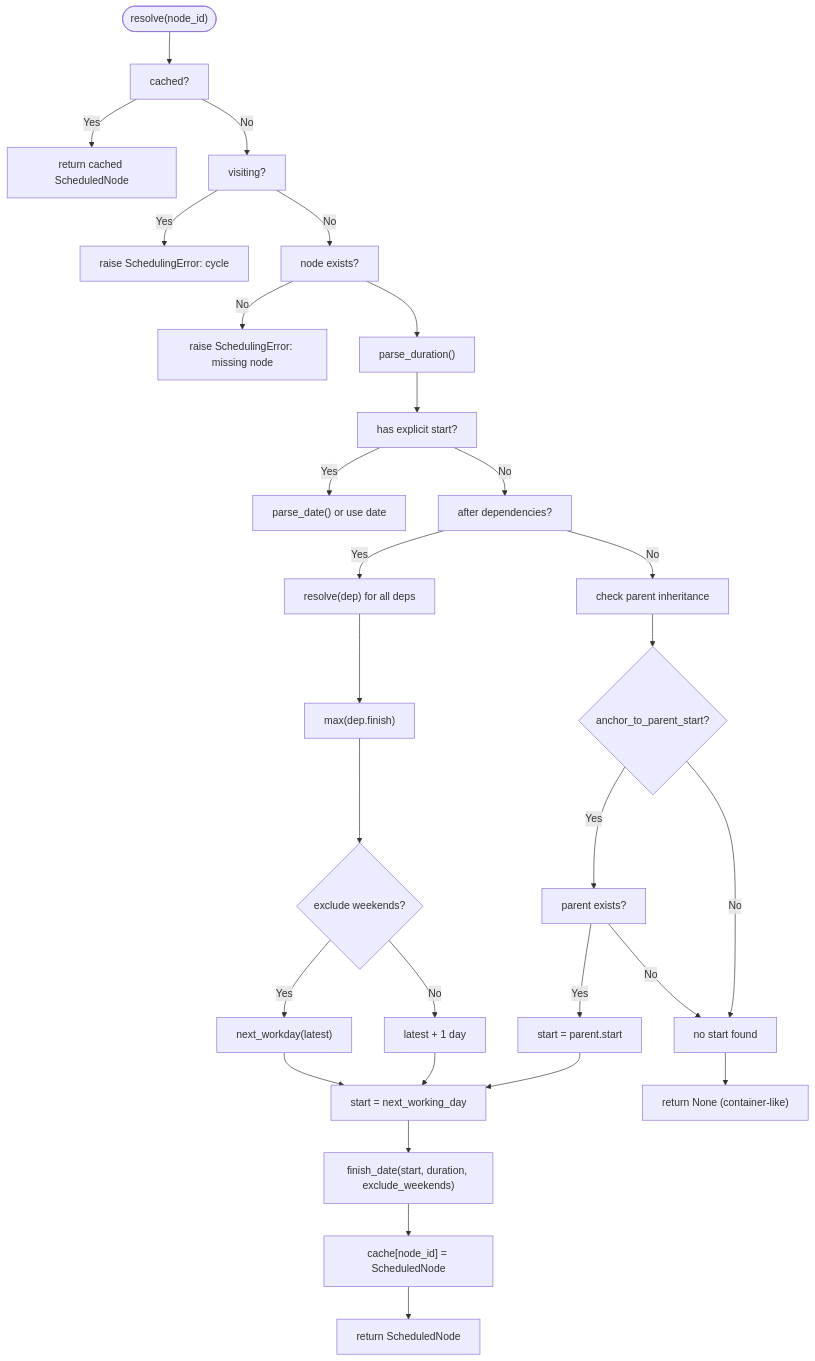
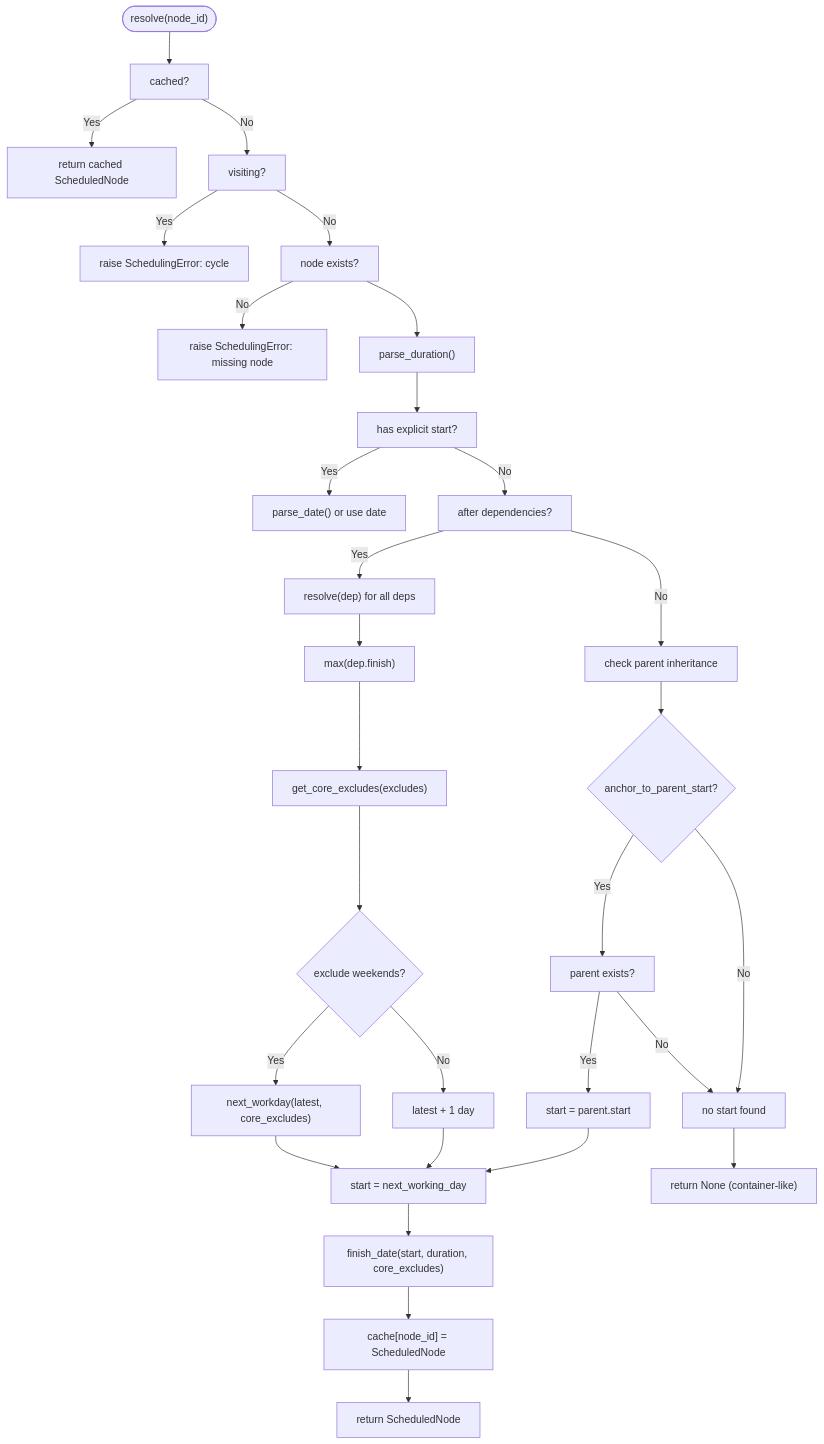
One commit to asukhodko/opskarta changed the fourth of 10 diagrams in .qoder/repowiki/en/content/Tooling and Utilities/Rendering Engine.md. Above: the diagram before and after it, drawn with Mermaid. The commit also changed other lines of this file and 7 other files, not shown here.

````diff
--- a/.qoder/repowiki/en/content/Tooling and Utilities/Rendering Engine.md
+++ b/.qoder/repowiki/en/content/Tooling and Utilities/Rendering Engine.md
@@ -138,31 +188,32 @@
 ```mermaid
 flowchart TD
 Start(["resolve(node_id)"]) --> CheckCache["cached?"]
 CheckCache --> |Yes| ReturnCache["return cached ScheduledNode"]
 CheckCache --> |No| CheckVisiting["visiting?"]
 CheckVisiting --> |Yes| CycleErr["raise SchedulingError: cycle"]
 CheckVisiting --> |No| CheckExists["node exists?"]
 CheckExists --> |No| RefErr["raise SchedulingError: missing node"]
 CheckExists --> ParseDuration["parse_duration()"]
 ParseDuration --> HasStart["has explicit start?"]
 HasStart --> |Yes| ParseDate["parse_date() or use date"]
 HasStart --> |No| AfterDeps["after dependencies?"]
 AfterDeps --> |Yes| ResolveDeps["resolve(dep) for all deps"]
 ResolveDeps --> LatestFinish["max(dep.finish)"]
-LatestFinish --> WeekendAdj{"exclude weekends?"}
-WeekendAdj --> |Yes| NextWD["next_workday(latest)"]
+LatestFinish --> CoreExcludes["get_core_excludes(excludes)"]
+CoreExcludes --> WeekendAdj{"exclude weekends?"}
+WeekendAdj --> |Yes| NextWD["next_workday(latest, core_excludes)"]
 WeekendAdj --> |No| NextDay["latest + 1 day"]
 NextWD --> MakeStart["start = next_working_day"]
 NextDay --> MakeStart
 AfterDeps --> |No| ParentAnchor["check parent inheritance"]
 ParentAnchor --> CheckAnchor{"anchor_to_parent_start?"}
 CheckAnchor --> |Yes| ParentStart["parent exists?"]
 ParentStart --> |Yes| UseParent["start = parent.start"]
 ParentStart --> |No| NoStart["no start found"]
 CheckAnchor --> |No| NoStart
 UseParent --> MakeStart
 NoStart --> NoSchedule["return None (container-like)"]
-MakeStart --> FinishCalc["finish_date(start, duration, exclude_weekends)"]
+MakeStart --> FinishCalc["finish_date(start, duration, core_excludes)"]
 FinishCalc --> Cache["cache[node_id] = ScheduledNode"]
 Cache --> ReturnRes["return ScheduledNode"]
 ```
````
